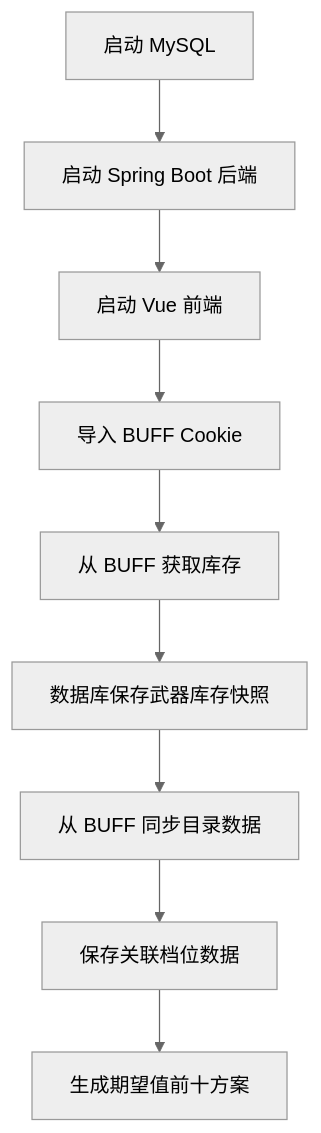
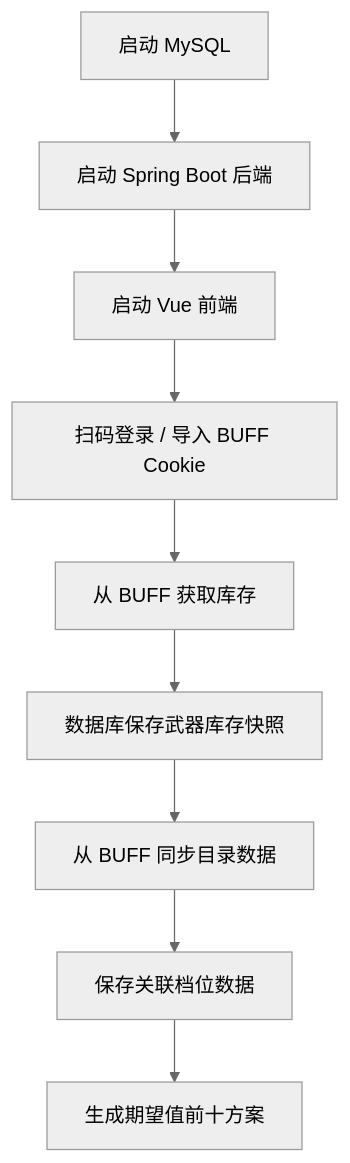
The first of 2 diagrams in README.md (qyaaaa/cs-taihuan), drawn with Mermaid (neutral theme) before and after one commit. The commit also changed other lines of this file and 19 other files, not shown here.

````diff
--- a/README.md
+++ b/README.md
@@ -22,11 +22,11 @@
 ```mermaid
 flowchart TD
     A["启动 MySQL"] --> B["启动 Spring Boot 后端"]
     B --> C["启动 Vue 前端"]
-    C --> D["导入 BUFF Cookie"]
+    C --> D["扫码登录 / 导入 BUFF Cookie"]
     D --> E["从 BUFF 获取库存"]
     E --> F["数据库保存武器库存快照"]
     F --> G["从 BUFF 同步目录数据"]
     G --> H["保存关联档位数据"]
     H --> I["生成期望值前十方案"]
 ```
````
